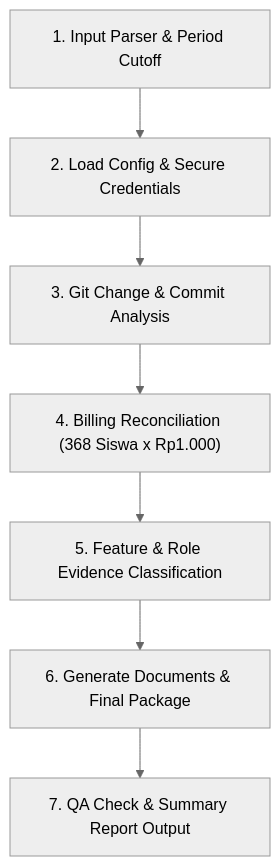
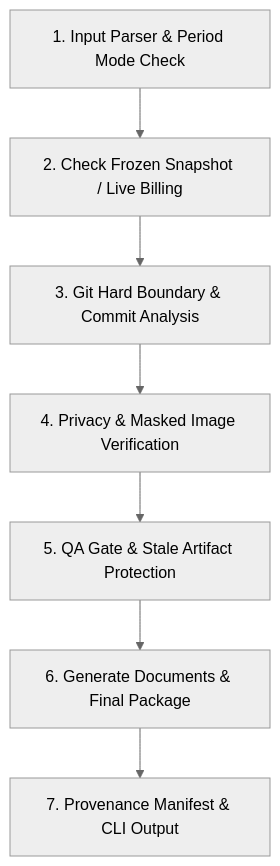
Before and after one commit to ciemilsalim/aplikasi-absensi: the diagram in .agents/skills/siasek-bos/SKILL.md, drawn with Mermaid (neutral theme). The commit also changed other lines of this file and 31 other files, not shown here.

````diff
--- a/.agents/skills/siasek-bos/SKILL.md
+++ b/.agents/skills/siasek-bos/SKILL.md
@@ -25,9 +39,9 @@
 ```mermaid
 graph TD
-    A["1. Input Parser & Period Cutoff"] --> B["2. Load Config & Secure Credentials"]
-    B --> C["3. Git Change & Commit Analysis"]
-    C --> D["4. Billing Reconciliation (368 Siswa x Rp1.000)"]
-    D --> E["5. Feature & Role Evidence Classification"]
+    A["1. Input Parser & Period Mode Check"] --> B["2. Check Frozen Snapshot / Live Billing"]
+    B --> C["3. Git Hard Boundary & Commit Analysis"]
+    C --> D["4. Privacy & Masked Image Verification"]
+    D --> E["5. QA Gate & Stale Artifact Protection"]
     E --> F["6. Generate Documents & Final Package"]
-    F --> G["7. QA Check & Summary Report Output"]
+    F --> G["7. Provenance Manifest & CLI Output"]
 ```
````
